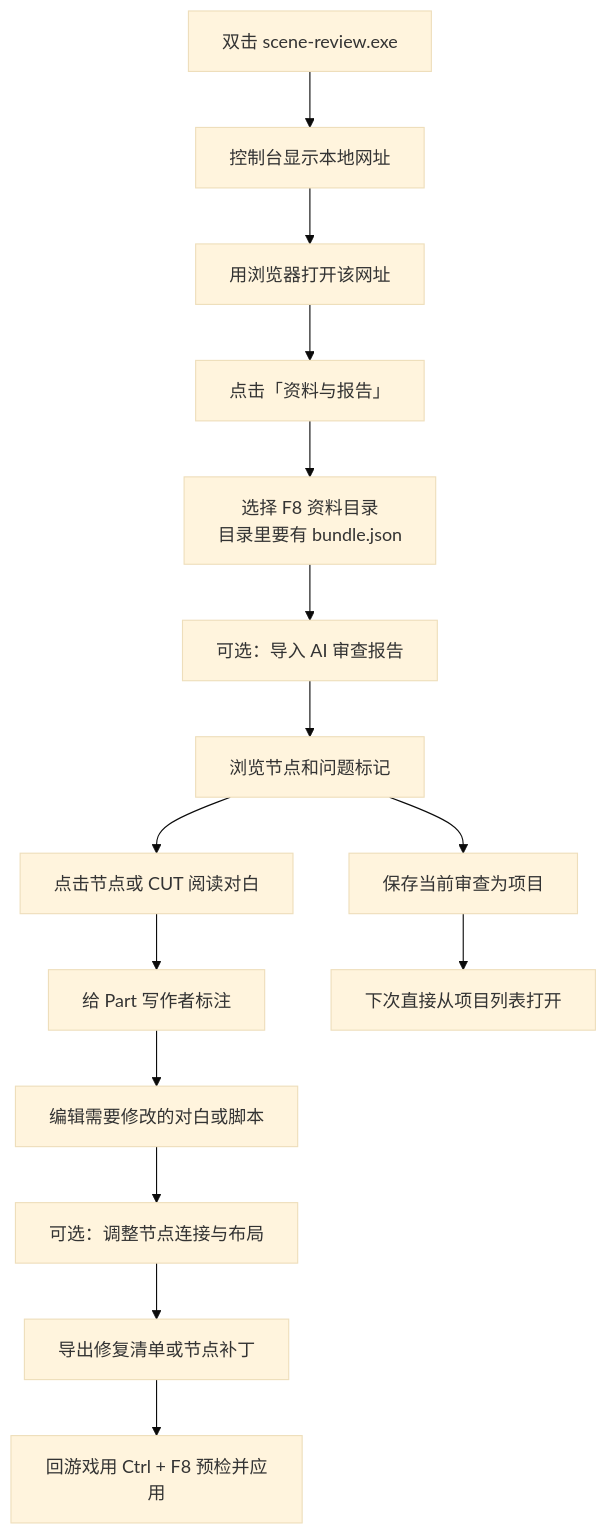
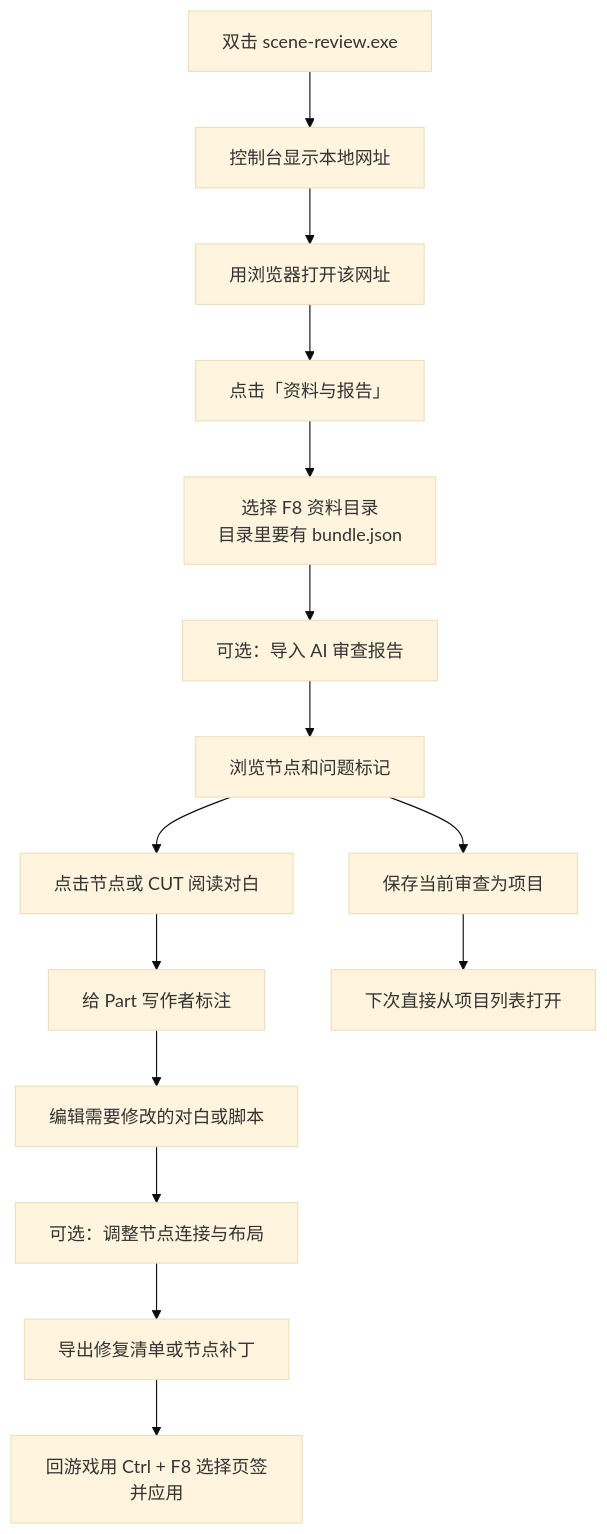
The diagram in EC_SceneAudit/review-browser/Readme-deepseek-v4.1-flash.md (invatespec/EmotionCreators-plugins), drawn with Mermaid (base theme) before and after one commit. The commit also changed other lines of this file and 45 other files, not shown here.

````diff
--- a/EC_SceneAudit/review-browser/Readme-deepseek-v4.1-flash.md
+++ b/EC_SceneAudit/review-browser/Readme-deepseek-v4.1-flash.md
@@ -39,17 +39,17 @@
 ```mermaid
 flowchart TD
     A["双击 scene-review.exe"] --> B["控制台显示本地网址"]
     B --> C["用浏览器打开该网址"]
     C --> D["点击「资料与报告」"]
     D --> E["选择 F8 资料目录<br/>目录里要有 bundle.json"]
     E --> F["可选：导入 AI 审查报告"]
     F --> G["浏览节点和问题标记"]
     G --> H["点击节点或 CUT 阅读对白"]
     H --> I["给 Part 写作者标注"]
     I --> J["编辑需要修改的对白或脚本"]
     J --> K["可选：调整节点连接与布局"]
     K --> L["导出修复清单或节点补丁"]
-    L --> M["回游戏用 Ctrl + F8 预检并应用"]
+    L --> M["回游戏用 Ctrl + F8 选择页签并应用"]
     G --> N["保存当前审查为项目"]
     N --> O["下次直接从项目列表打开"]
 ```
````
